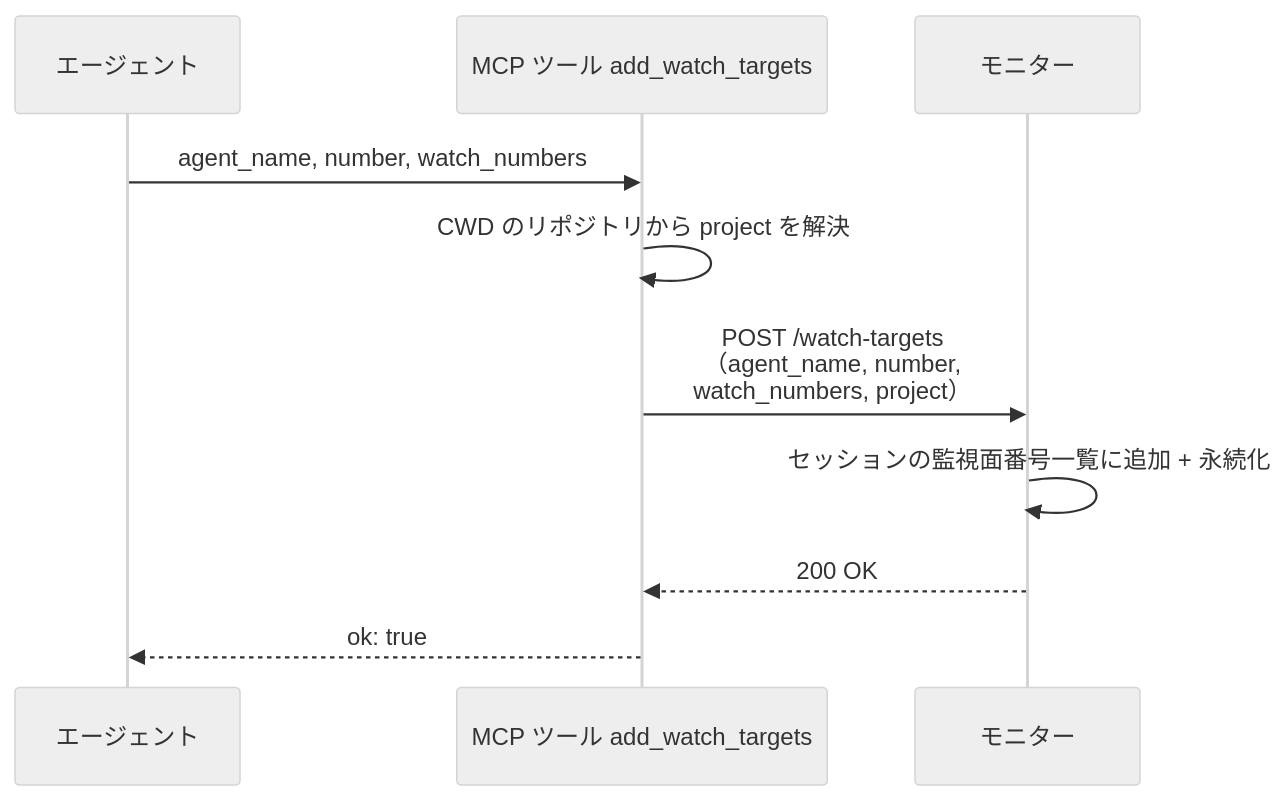
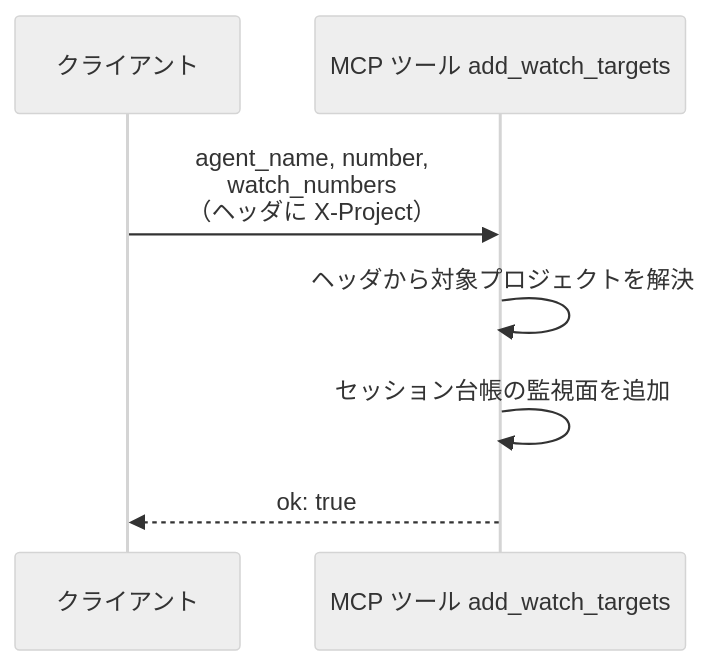
Before and after one commit to shuhei1101/ai-monitor: the first of 2 diagrams in docs/wiki/設計図/バックエンド結合/監視対象追加.py.md, drawn with Mermaid (neutral theme). The commit also changed other lines of this file and 67 other files, not shown here.

````diff
--- a/docs/wiki/設計図/バックエンド結合/監視対象追加.py.md
+++ b/docs/wiki/設計図/バックエンド結合/監視対象追加.py.md
@@ -86,13 +80,10 @@
 ```mermaid
 sequenceDiagram
-  participant A as エージェント
-  participant T as MCP ツール add_watch_targets
-  participant MON as モニター
+  participant C as クライアント
+  participant IF as MCP ツール add_watch_targets
 
-  A->>T: agent_name, number, watch_numbers
-  T->>T: CWD のリポジトリから project を解決
-  T->>MON: POST /watch-targets<br>（agent_name, number,<br>watch_numbers, project）
-  MON->>MON: セッションの監視面番号一覧に追加 + 永続化
-  MON-->>T: 200 OK
-  T-->>A: ok: true
+  C->>IF: agent_name, number,<br>watch_numbers<br>（ヘッダに X-Project）
+  IF->>IF: ヘッダから対象プロジェクトを解決
+  IF->>IF: セッション台帳の監視面を追加
+  IF-->>C: ok: true
 ```
````
